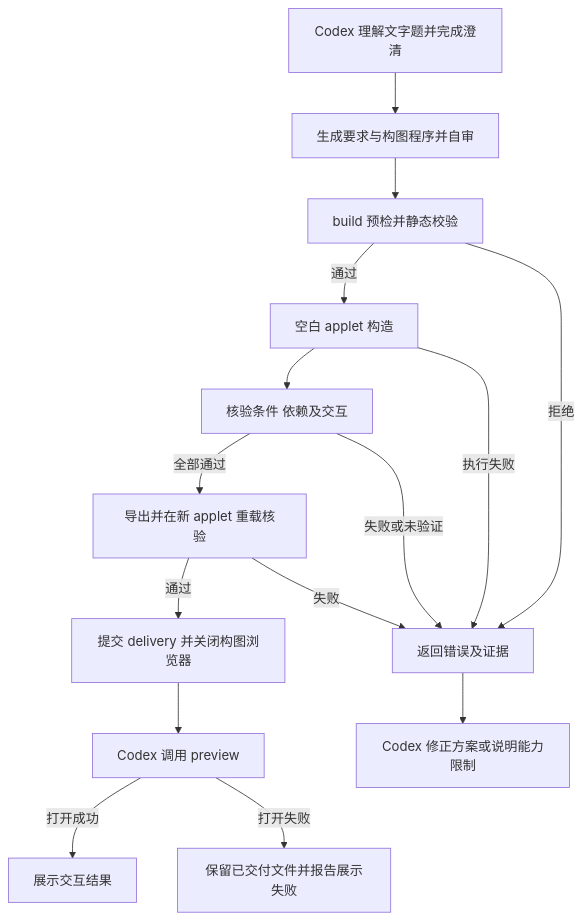
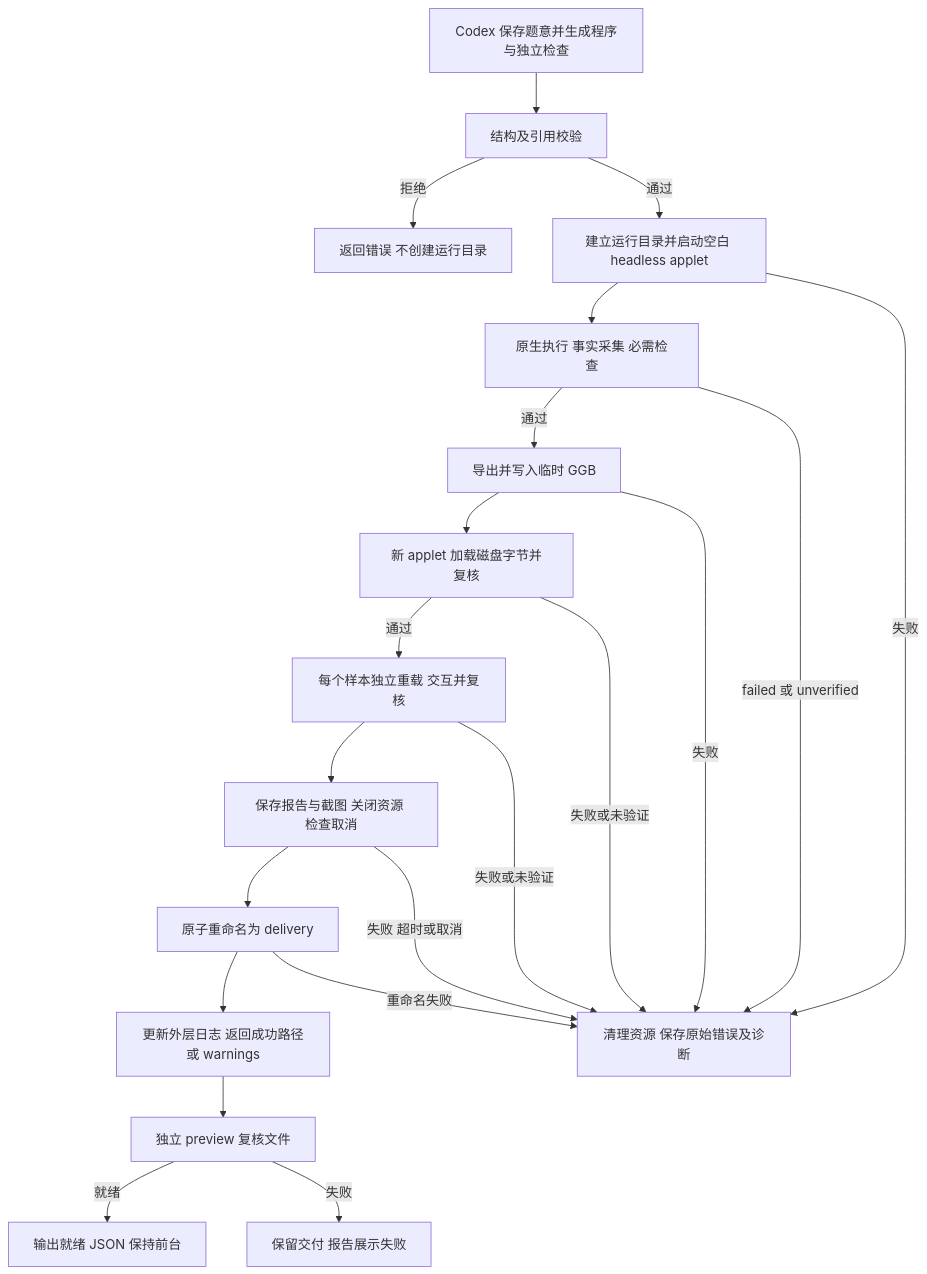
One commit to Jack7510/ggb-plugins changed the second of 4 diagrams in docs/ggb-plugins-design.md. Above: the diagram before and after it, drawn with Mermaid. The commit also changed other lines of this file and 16 other files, not shown here.

````diff
--- a/docs/ggb-plugins-design.md
+++ b/docs/ggb-plugins-design.md
@@ -193,17 +193,23 @@
 ```mermaid
 flowchart TD
-  A[Codex 理解文字题并完成澄清] --> B[生成要求与构图程序并自审]
-  B --> C[build 预检并静态校验]
-  C -->|通过| D[空白 applet 构造]
-  C -->|拒绝| F[返回错误及证据]
-  D --> E[核验条件 依赖及交互]
-  D -->|执行失败| F
-  E -->|失败或未验证| F
-  E -->|全部通过| G[导出并在新 applet 重载核验]
-  G -->|失败| F
-  G -->|通过| H[提交 delivery 并关闭构图浏览器]
-  H --> I[Codex 调用 preview]
-  I -->|打开成功| J[展示交互结果]
-  I -->|打开失败| K[保留已交付文件并报告展示失败]
-  F --> L[Codex 修正方案或说明能力限制]
+  A[Codex 保存题意并生成程序与独立检查] --> B[结构及引用校验]
+  B -->|拒绝| X[返回错误 不创建运行目录]
+  B -->|通过| C[建立运行目录并启动空白 headless applet]
+  C --> D[原生执行 事实采集 必需检查]
+  D -->|通过| E[导出并写入临时 GGB]
+  E --> F[新 applet 加载磁盘字节并复核]
+  F -->|通过| G[每个样本独立重载 交互并复核]
+  G --> H[保存报告与截图 关闭资源 检查取消]
+  H --> I[原子重命名为 delivery]
+  I --> J[更新外层日志 返回成功路径或 warnings]
+  J --> K[独立 preview 复核文件]
+  K -->|就绪| L[输出就绪 JSON 保持前台]
+  K -->|失败| M[保留交付 报告展示失败]
+  C -->|失败| Y[清理资源 保存原始错误及诊断]
+  D -->|failed 或 unverified| Y
+  E -->|失败| Y
+  F -->|失败或未验证| Y
+  G -->|失败或未验证| Y
+  H -->|失败 超时或取消| Y
+  I -->|重命名失败| Y
 ```
````
